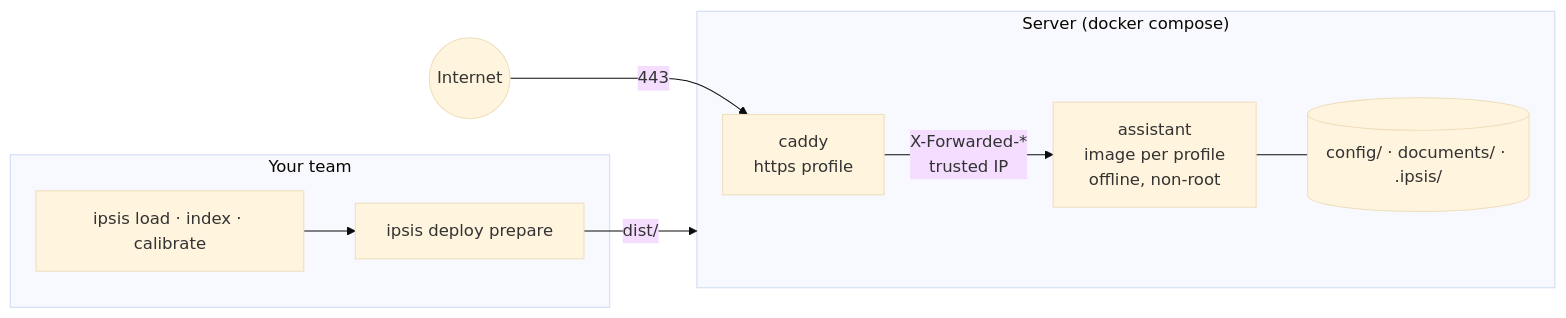
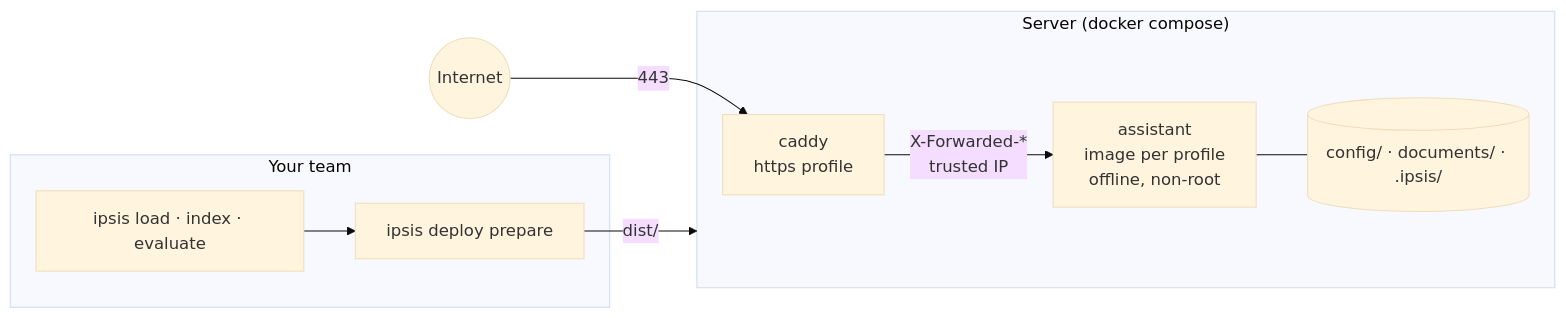
The sixth of 6 diagrams in docs/architecture.md (ClaudioH19/ipsis), drawn with Mermaid (base theme) before and after one commit. The commit also changed other lines of this file and 45 other files, not shown here.

````diff
--- a/docs/architecture.md
+++ b/docs/architecture.md
@@ -358,12 +303,12 @@
 ```mermaid
 flowchart LR
     subgraph Team["Your team"]
-        R1["ipsis load · index · calibrate"] --> R2["ipsis deploy prepare"]
+        R1["ipsis load · index · evaluate"] --> R2["ipsis deploy prepare"]
     end
     R2 -- "dist/" --> VPS
     subgraph VPS["Server (docker compose)"]
         CA["caddy<br/>https profile"] -- "X-Forwarded-*<br/>trusted IP" --> AS["assistant<br/>image per profile<br/>offline, non-root"]
         AS --- V[("config/ · documents/ · .ipsis/")]
     end
     Internet((Internet)) -- "443" --> CA
 ```
````
